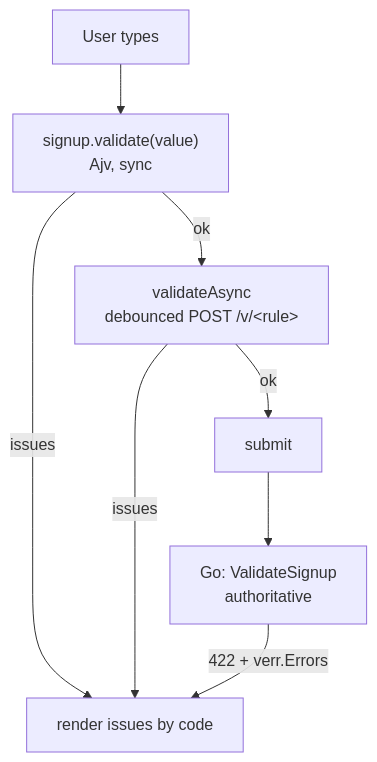
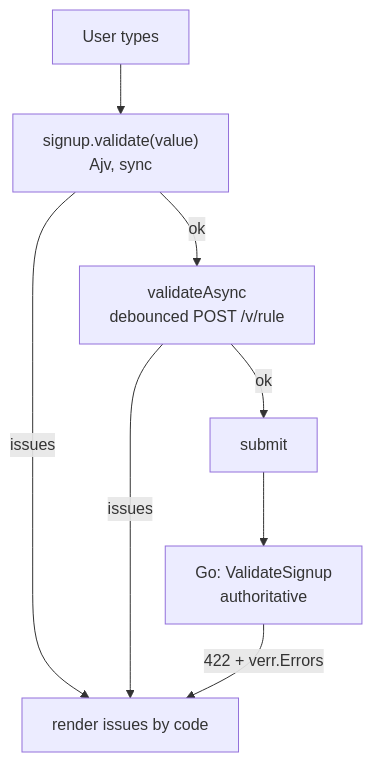
One commit to ubgo/validator changed the third of 3 diagrams in docs/GUIDE.md. Above: the diagram before and after it, drawn with Mermaid. The commit also changed other lines of this file, not shown here.

Commit message:
Fix mermaid labels in the guide: GitHub decodes entities before parsing

````diff
--- a/docs/GUIDE.md
+++ b/docs/GUIDE.md
@@ -430,10 +430,10 @@
 ```mermaid
 flowchart TD
     U["User types"] --> V["signup.validate(value)<br/>Ajv, sync"]
-    V -->|"ok"| A["validateAsync<br/>debounced POST /v/&lt;rule&gt;"]
+    V -->|"ok"| A["validateAsync<br/>debounced POST /v/rule"]
     V -->|"issues"| E["render issues by code"]
     A -->|"ok"| S["submit"]
     A -->|"issues"| E
     S --> G["Go: ValidateSignup<br/>authoritative"]
     G -->|"422 + verr.Errors"| E
 ```
````
